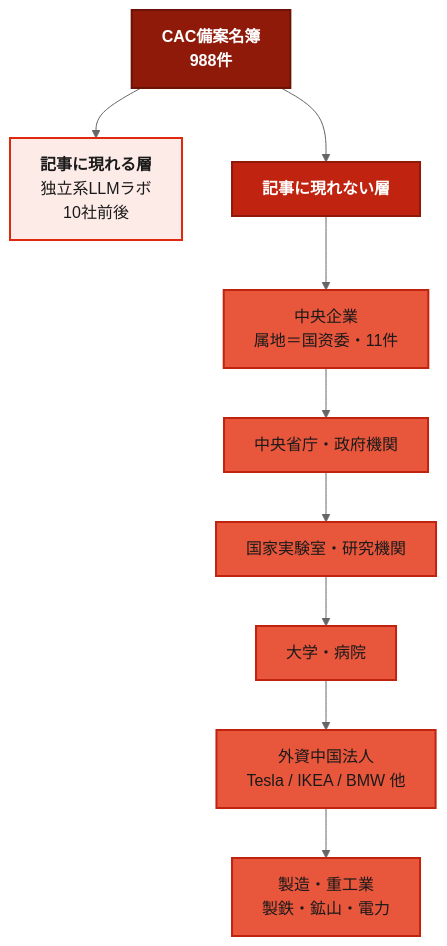
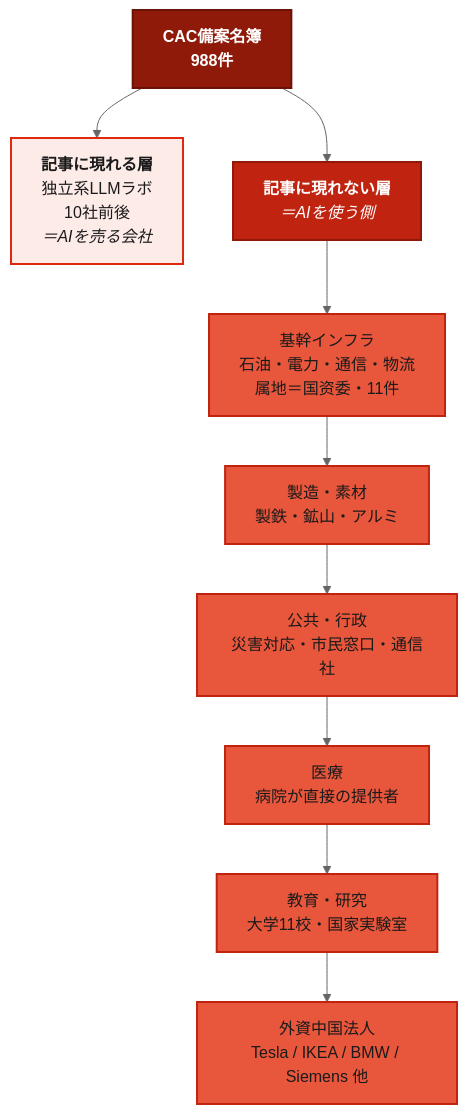
One commit to Leading-AI-IO/the-china-ai-registry changed the sixth of 10 diagrams in docs/jp/the-china-ai-registry_JP.md. Above: the diagram before and after it, drawn with Mermaid (neutral theme). The commit also changed other lines of this file, not shown here.

````diff
--- a/docs/jp/the-china-ai-registry_JP.md
+++ b/docs/jp/the-china-ai-registry_JP.md
@@ -691,27 +779,27 @@
 ```mermaid
 flowchart TB
     ROOT["<b>CAC備案名簿</b><br/><b>988件</b>"]
 
-    SEEN["<b>記事に現れる層</b><br/>独立系LLMラボ<br/>10社前後"]
-    HEAD["<b>記事に現れない層</b>"]
+    SEEN["<b>記事に現れる層</b><br/>独立系LLMラボ<br/>10社前後<br/><i>＝AIを売る会社</i>"]
+    HEAD["<b>記事に現れない層</b><br/><i>＝AIを使う側</i>"]
 
     ROOT --> SEEN
     ROOT --> HEAD
 
-    HEAD --> U1["中央企業<br/>属地＝国资委・11件"]
-    U1 --> U2["中央省庁・政府機関"]
-    U2 --> U3["国家実験室・研究機関"]
-    U3 --> U4["大学・病院"]
-    U4 --> U5["外資中国法人<br/>Tesla / IKEA / BMW 他"]
-    U5 --> U6["製造・重工業<br/>製鉄・鉱山・電力"]
+    HEAD --> U1["基幹インフラ<br/>石油・電力・通信・物流<br/>属地＝国资委・11件"]
+    U1 --> U2["製造・素材<br/>製鉄・鉱山・アルミ"]
+    U2 --> U3["公共・行政<br/>災害対応・市民窓口・通信社"]
+    U3 --> U4["医療<br/>病院が直接の提供者"]
+    U4 --> U5["教育・研究<br/>大学11校・国家実験室"]
+    U5 --> U6["外資中国法人<br/>Tesla / IKEA / BMW / Siemens 他"]
 
     classDef g1 fill:#8F1A0A,stroke:#6B1307,stroke-width:2px,color:#FFFFFF
     classDef g2 fill:#C02410,stroke:#8F1A0A,stroke-width:2px,color:#FFFFFF
     classDef g3 fill:#E8563C,stroke:#C02410,stroke-width:2px,color:#1A1A1A
     classDef g4 fill:#F5A895,stroke:#DE2910,stroke-width:2px,color:#1A1A1A
     classDef g5 fill:#FCEBE7,stroke:#DE2910,stroke-width:2px,color:#1A1A1A
     class ROOT g1
     class SEEN g5
     class HEAD g2
     class U1,U2,U3,U4,U5,U6 g3
 ```
````
